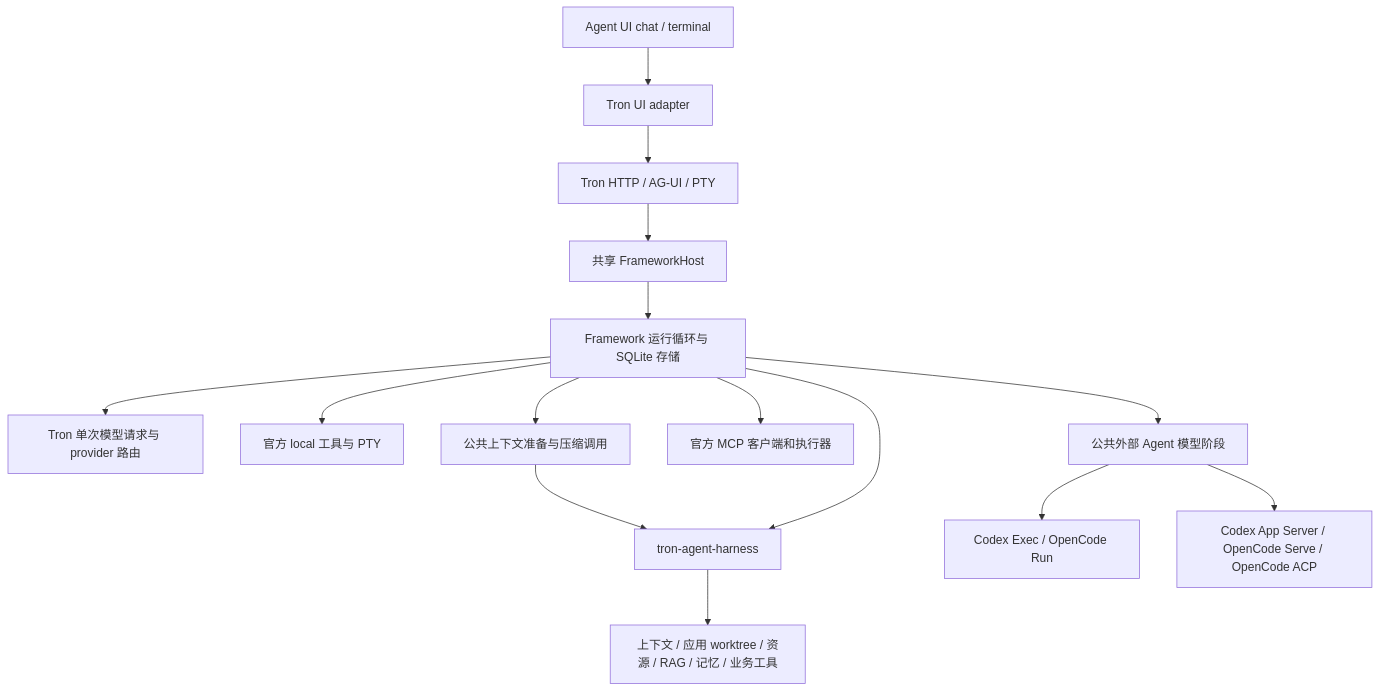
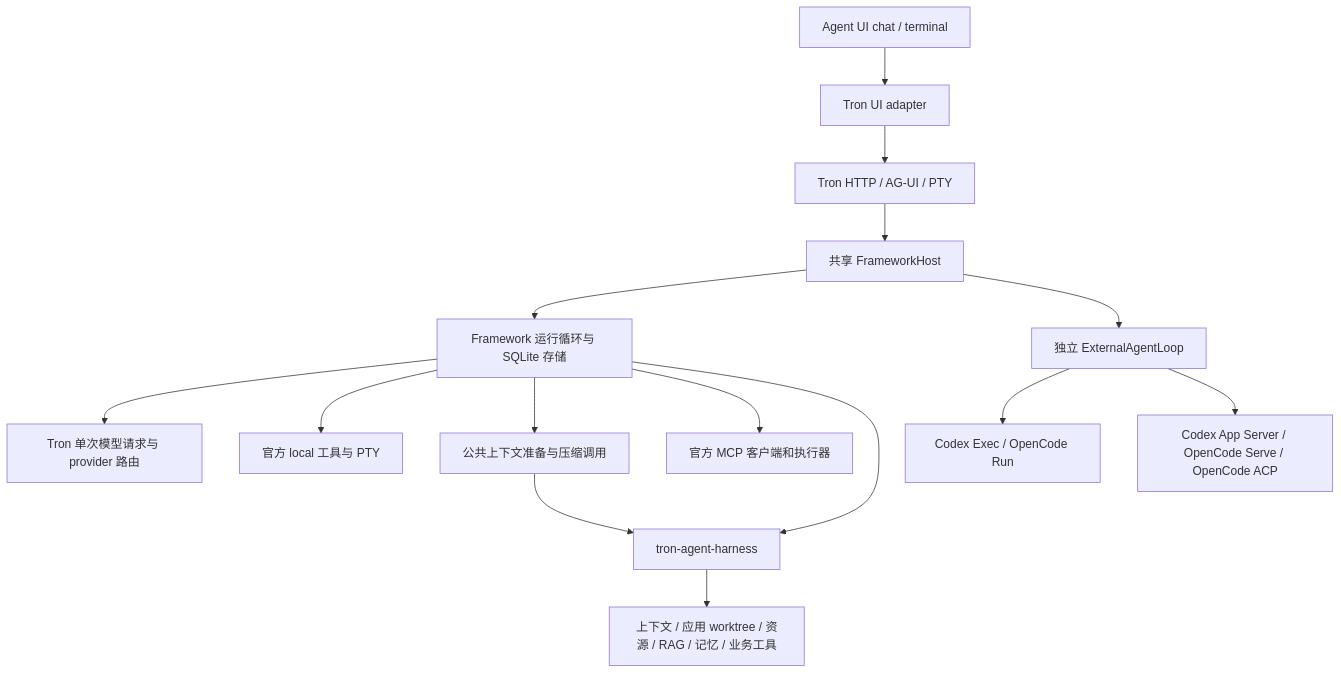
The diagram in docs/agent-framework-ui-integration.md (Penglai-Link/Tron-Harness), drawn with Mermaid before and after one commit. The commit also changed other lines of this file and 19 other files, not shown here.

````diff
--- a/docs/agent-framework-ui-integration.md
+++ b/docs/agent-framework-ui-integration.md
@@ -38,17 +38,17 @@
 ```mermaid
 flowchart TD
   UI[Agent UI chat / terminal] --> Adapter[Tron UI adapter]
   Adapter --> API[Tron HTTP / AG-UI / PTY]
   API --> Host[共享 FrameworkHost]
   Host --> Loop[Framework 运行循环与 SQLite 存储]
   Loop --> Model[Tron 单次模型请求与 provider 路由]
   Loop --> Local[官方 local 工具与 PTY]
   Loop --> Preparation[公共上下文准备与压缩调用]
   Preparation --> Harness
   Loop --> MCP[官方 MCP 客户端和执行器]
   Loop --> Harness[tron-agent-harness]
   Harness --> Product[上下文 / 应用 worktree / 资源 / RAG / 记忆 / 业务工具]
-  Loop --> External[公共外部 Agent 模型阶段]
+  Host --> External[独立 ExternalAgentLoop]
   External --> CLI[Codex Exec / OpenCode Run]
   External --> Service[Codex App Server / OpenCode Serve / OpenCode ACP]
 ```
````
